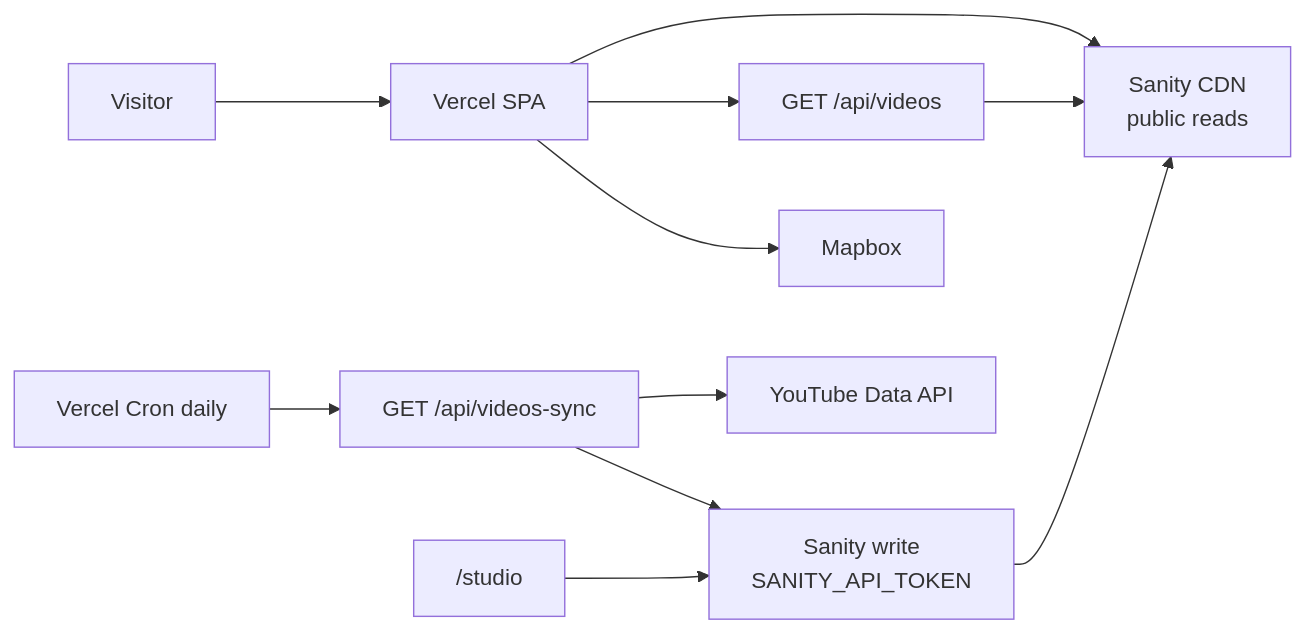
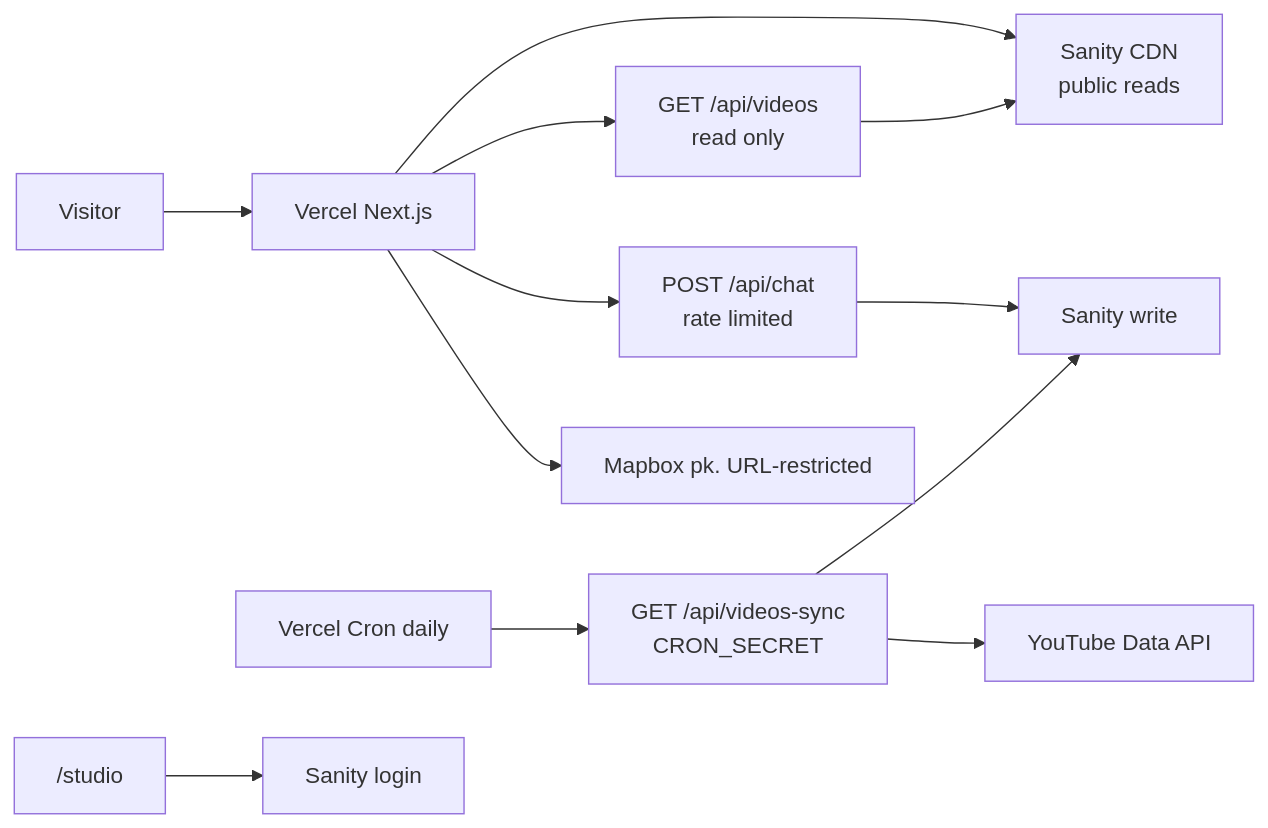
Before and after one commit to jakedcl/drewdella: the diagram in README.md, drawn with Mermaid. The commit also changed other lines of this file and 1 other file, not shown here.

First line of the commit message:
Refresh README for Next.js and the security model.

````diff
--- a/README.md
+++ b/README.md
@@ -72,13 +79,14 @@
 ```mermaid
 flowchart LR
-  visitor[Visitor] --> vercel[Vercel SPA]
-  vercel --> sanityCDN[Sanity CDN<br/>public reads]
-  vercel --> videosAPI["GET /api/videos"]
+  visitor[Visitor] --> next[Vercel Next.js]
+  next --> sanityCDN[Sanity CDN<br/>public reads]
+  next --> videosAPI["GET /api/videos<br/>read only"]
   videosAPI --> sanityCDN
-  cron[Vercel Cron daily] --> sync["GET /api/videos-sync"]
+  next --> chatAPI["POST /api/chat<br/>rate limited"]
+  chatAPI --> sanityWrite[Sanity write]
+  cron[Vercel Cron daily] --> sync["GET /api/videos-sync<br/>CRON_SECRET"]
   sync --> youtube[YouTube Data API]
-  sync --> sanityWrite[Sanity write<br/>SANITY_API_TOKEN]
-  studio["/studio"] --> sanityWrite
-  sanityWrite --> sanityCDN
-  vercel --> mapbox[Mapbox]
+  sync --> sanityWrite
+  studio["/studio"] --> sanityAuth[Sanity login]
+  next --> mapbox[Mapbox pk. URL-restricted]
 ```
````
